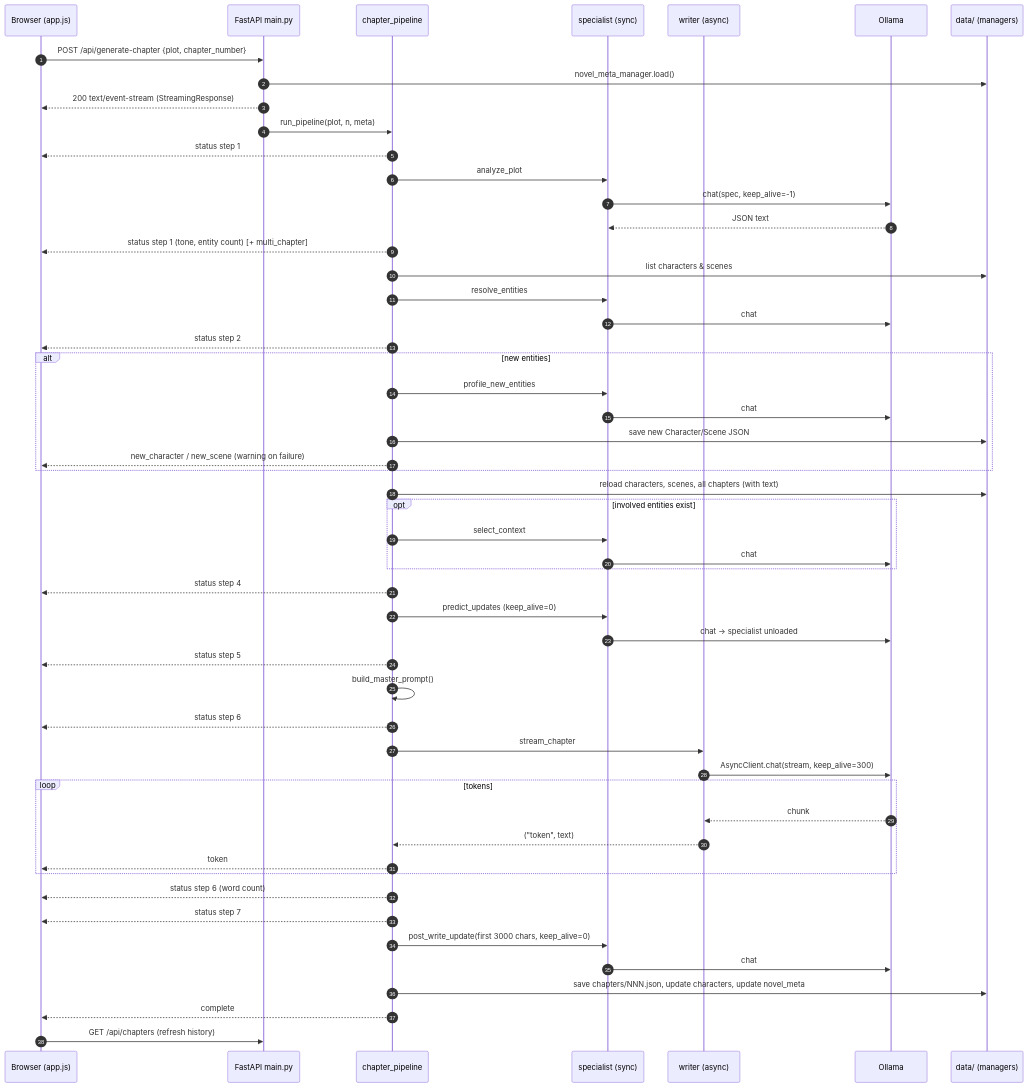
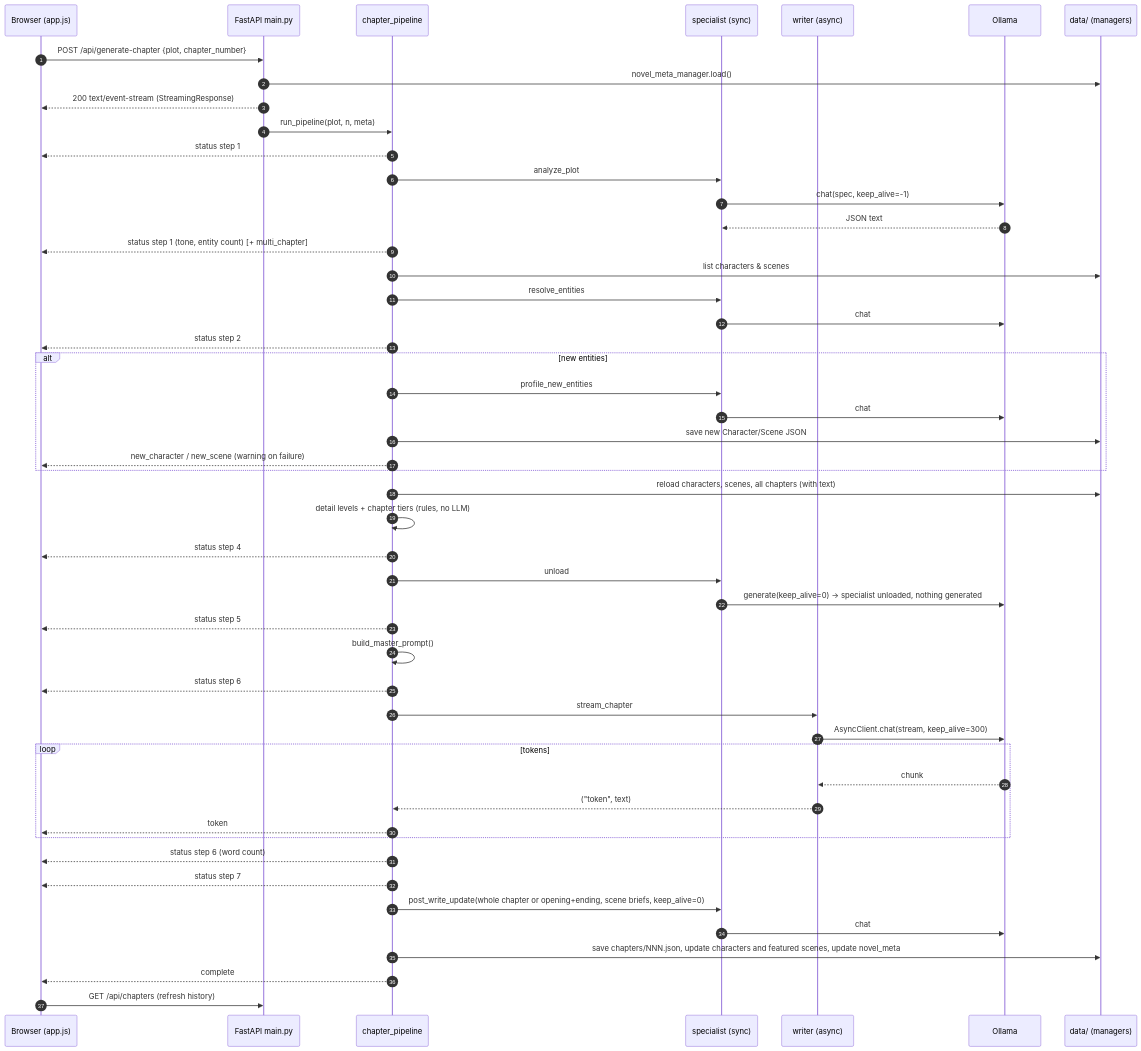
Before and after one commit to Tejasva-Maurya/AI_Writer: the second of 3 diagrams in docs/technical/02-workflows.md, drawn with Mermaid. The commit also changed other lines of this file and 15 other files, not shown here.

````diff
--- a/docs/technical/02-workflows.md
+++ b/docs/technical/02-workflows.md
@@ -132,56 +132,53 @@
 ```mermaid
 sequenceDiagram
     autonumber
     participant UI as Browser (app.js)
     participant API as FastAPI main.py
     participant PL as chapter_pipeline
     participant SP as specialist (sync)
     participant WR as writer (async)
     participant OL as Ollama
     participant FS as data/ (managers)
 
     UI->>API: POST /api/generate-chapter {plot, chapter_number}
     API->>FS: novel_meta_manager.load()
     API-->>UI: 200 text/event-stream (StreamingResponse)
     API->>PL: run_pipeline(plot, n, meta)
     PL-->>UI: status step 1
     PL->>SP: analyze_plot
     SP->>OL: chat(spec, keep_alive=-1)
     OL-->>SP: JSON text
     PL-->>UI: status step 1 (tone, entity count) [+ multi_chapter]
     PL->>FS: list characters & scenes
     PL->>SP: resolve_entities
     SP->>OL: chat
     PL-->>UI: status step 2
     alt new entities
         PL->>SP: profile_new_entities
         SP->>OL: chat
         PL->>FS: save new Character/Scene JSON
         PL-->>UI: new_character / new_scene (warning on failure)
     end
     PL->>FS: reload characters, scenes, all chapters (with text)
-    opt involved entities exist
-        PL->>SP: select_context
-        SP->>OL: chat
-    end
+    PL->>PL: detail levels + chapter tiers (rules, no LLM)
     PL-->>UI: status step 4
-    PL->>SP: predict_updates (keep_alive=0)
-    SP->>OL: chat → specialist unloaded
+    PL->>SP: unload
+    SP->>OL: generate(keep_alive=0) → specialist unloaded, nothing generated
     PL-->>UI: status step 5
     PL->>PL: build_master_prompt()
     PL-->>UI: status step 6
     PL->>WR: stream_chapter
     WR->>OL: AsyncClient.chat(stream, keep_alive=300)
     loop tokens
         OL-->>WR: chunk
         WR-->>PL: ("token", text)
         PL-->>UI: token
     end
     PL-->>UI: status step 6 (word count)
     PL-->>UI: status step 7
-    PL->>SP: post_write_update(first 3000 chars, keep_alive=0)
+    PL->>SP: post_write_update(whole chapter or opening+ending, scene briefs, keep_alive=0)
     SP->>OL: chat
-    PL->>FS: save chapters/NNN.json, update characters, update novel_meta
+    PL->>FS: save chapters/NNN.json, update characters and featured scenes, update novel_meta
     PL-->>UI: complete
     UI->>API: GET /api/chapters (refresh history)
 ```
````
